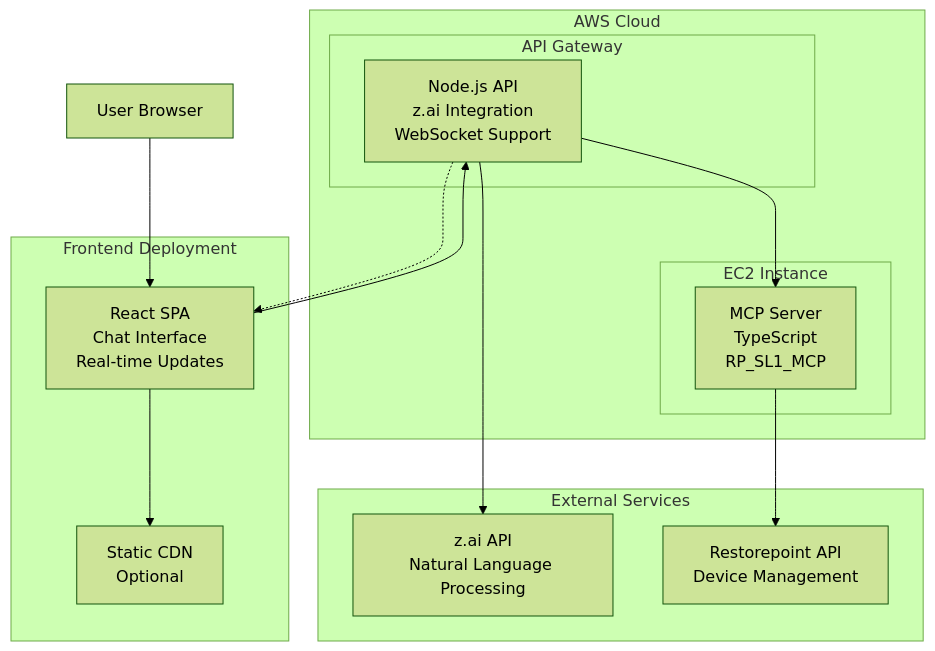
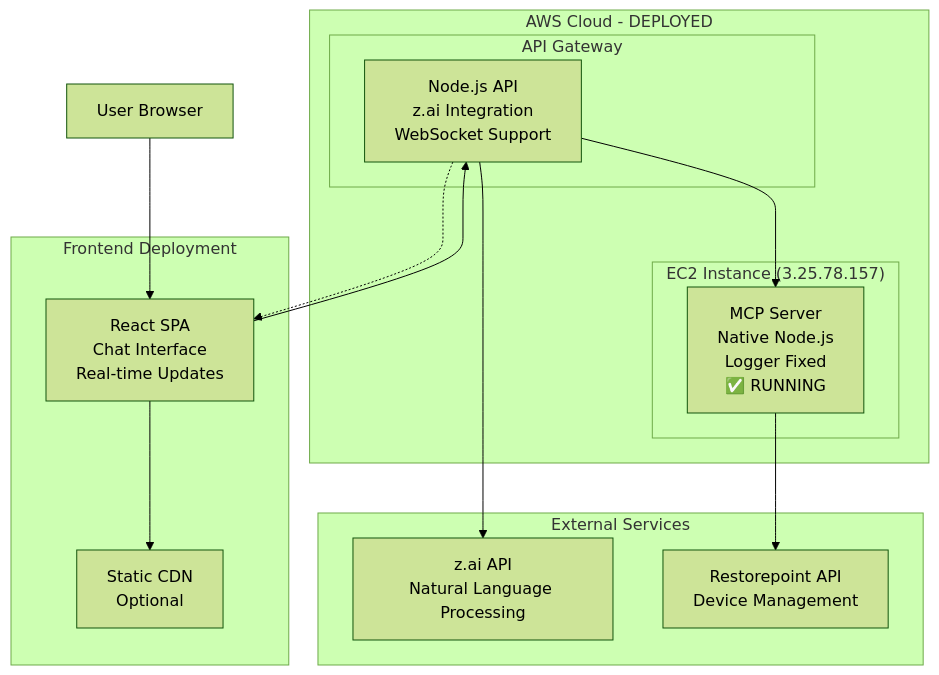
The diagram in RESTOREPOINT_CHAT_ARCHITECTURE.md (rudipoppes/RP_SL1_MCP), drawn with Mermaid (forest theme) before and after one commit. The commit also changed other lines of this file and 12 other files, not shown here.

First line of the commit message:
Clean up Docker infrastructure and finalize native Node.js deployment

````diff
--- a/RESTOREPOINT_CHAT_ARCHITECTURE.md
+++ b/RESTOREPOINT_CHAT_ARCHITECTURE.md
@@ -69,30 +70,30 @@
 ```mermaid
 graph TB
-    subgraph "AWS Cloud"
-        subgraph "EC2 Instance"
-            MCP[MCP Server<br/>TypeScript<br/>RP_SL1_MCP]
+    subgraph "AWS Cloud - DEPLOYED"
+        subgraph "EC2 Instance (3.25.78.157)"
+            MCP[MCP Server<br/>Native Node.js<br/>Logger Fixed<br/>✅ RUNNING]
         end
         
         subgraph "API Gateway"
             GW[Node.js API<br/>z.ai Integration<br/>WebSocket Support]
         end
     end
     
     subgraph "Frontend Deployment"
         UI[React SPA<br/>Chat Interface<br/>Real-time Updates]
         CDN[Static CDN<br/>Optional]
     end
     
     subgraph "External Services"
         ZAI[z.ai API<br/>Natural Language Processing]
         RP[Restorepoint API<br/>Device Management]
     end
     
     User[User Browser] --> UI
     UI --> GW
     UI --> CDN
     GW --> MCP
     GW --> ZAI
     MCP --> RP
     GW -.-> UI
 ```
````
